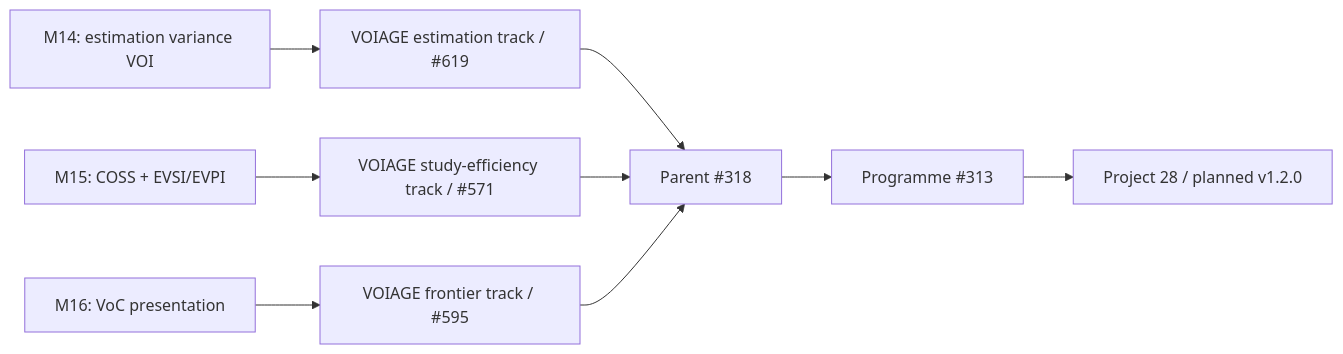
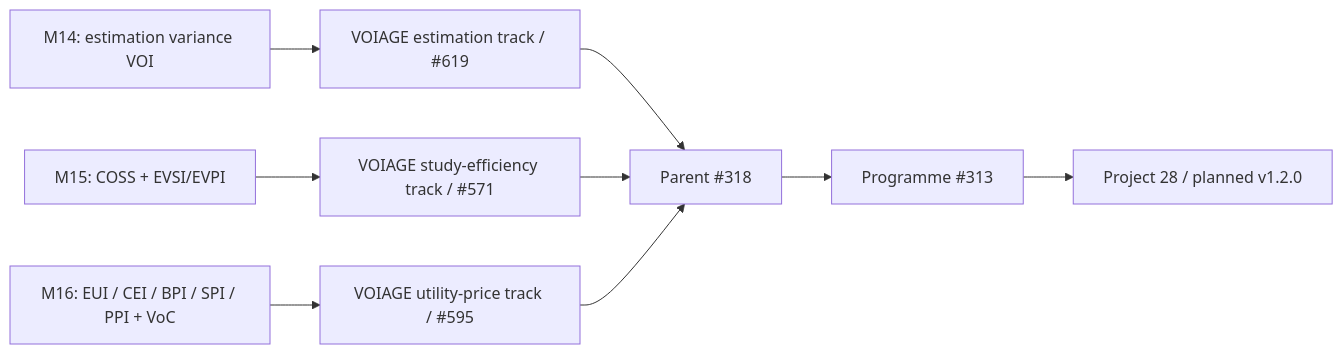
One commit to edithatogo/vop_poc_nz changed the first of 2 diagrams in conductor/tracks/specialized-voi-v1-2_20260727/design.md. Above: the diagram before and after it, drawn with Mermaid. The commit also changed 6 other files, not shown here.

````diff
--- a/conductor/tracks/specialized-voi-v1-2_20260727/design.md
+++ b/conductor/tracks/specialized-voi-v1-2_20260727/design.md
@@ -3,11 +3,11 @@
 ```mermaid
 flowchart LR
     M14["M14: estimation variance VOI"] --> E["VOIAGE estimation track / #619"]
     M15["M15: COSS + EVSI/EVPI"] --> S["VOIAGE study-efficiency track / #571"]
-    M16["M16: VoC presentation"] --> U["VOIAGE frontier track / #595"]
+    M16["M16: EUI / CEI / BPI / SPI / PPI + VoC"] --> U["VOIAGE utility-price track / #595"]
     E --> P["Parent #318"]
     S --> P
     U --> P
     P --> Root["Programme #313"]
     Root --> Project["Project 28 / planned v1.2.0"]
 ```
````
